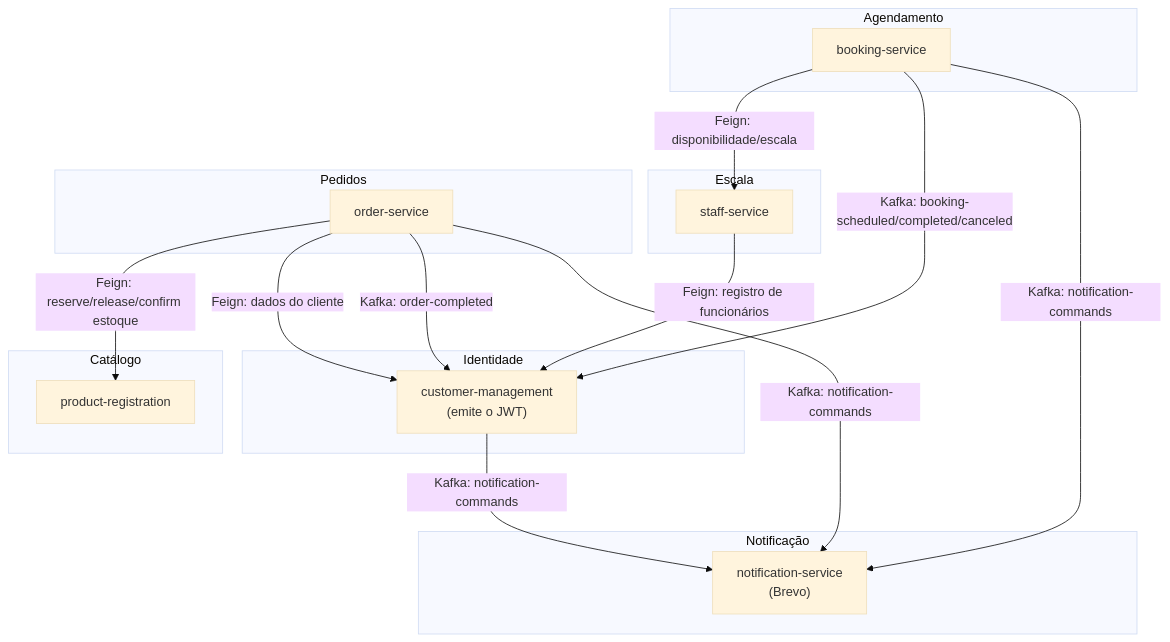
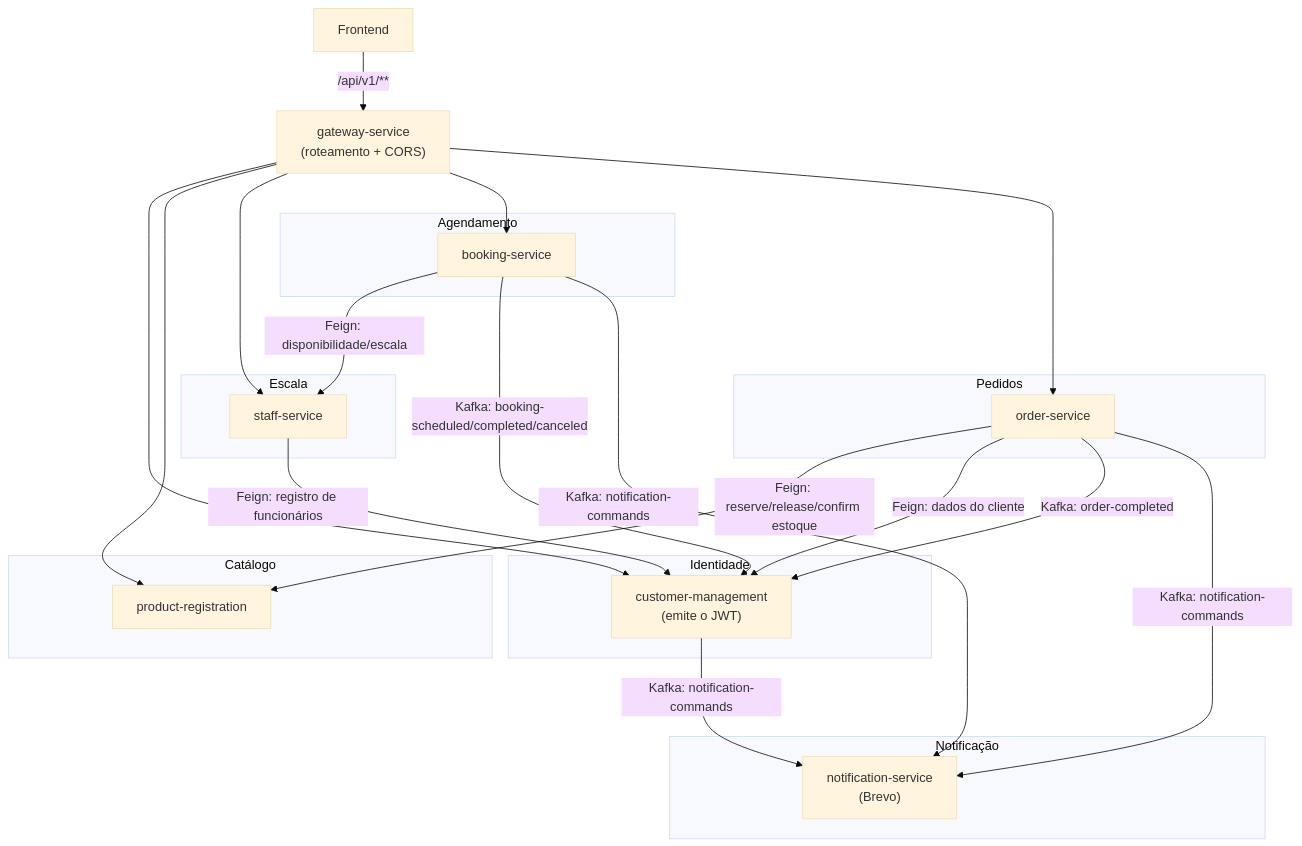
The first of 5 diagrams in docs/documentacao-tecnica.md (joaobrl/petshop), drawn with Mermaid (base theme) before and after one commit. The commit also changed other lines of this file and 10 other files, not shown here.

First line of the commit message:
Adiciona gateway-service como ponto unico de entrada HTTP

````diff
--- a/docs/documentacao-tecnica.md
+++ b/docs/documentacao-tecnica.md
@@ -66,32 +67,39 @@
 ```mermaid
 graph TB
+    FE["Frontend"] -- "/api/v1/**" --> GW["gateway-service<br/>(roteamento + CORS)"]
+    GW --> CM
+    GW --> PR
+    GW --> SS
+    GW --> BS
+    GW --> OS
+
     subgraph Identidade
         CM["customer-management<br/>(emite o JWT)"]
     end
     subgraph Catálogo
         PR["product-registration"]
     end
     subgraph Escala
         SS["staff-service"]
     end
     subgraph Agendamento
         BS["booking-service"]
     end
     subgraph Pedidos
         OS["order-service"]
     end
     subgraph Notificação
         NS["notification-service<br/>(Brevo)"]
     end
 
     BS -- "Feign: disponibilidade/escala" --> SS
     SS -- "Feign: registro de funcionários" --> CM
     OS -- "Feign: reserve/release/confirm estoque" --> PR
     OS -- "Feign: dados do cliente" --> CM
 
     BS -- "Kafka: booking-scheduled/completed/canceled" --> CM
     OS -- "Kafka: order-completed" --> CM
     BS -- "Kafka: notification-commands" --> NS
     OS -- "Kafka: notification-commands" --> NS
     CM -- "Kafka: notification-commands" --> NS
 ```
````
